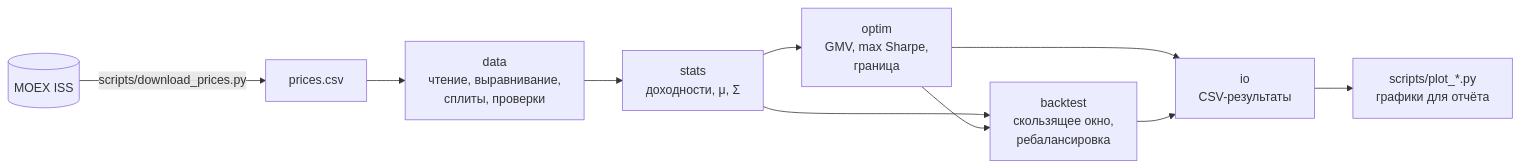
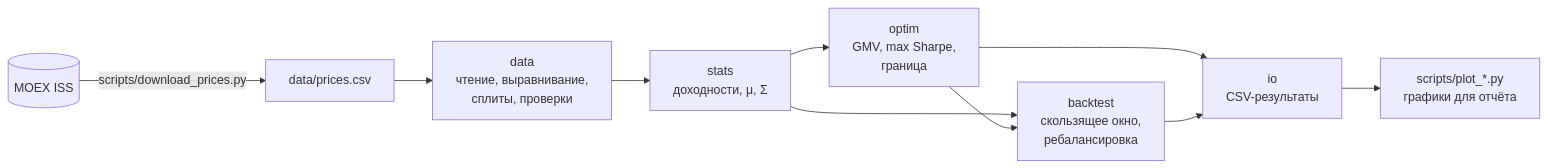
The first of 3 diagrams in docs/ARCHITECTURE.md (NeuroWorknotNeo/Software-Engineering-Project), drawn with Mermaid before and after one commit. The commit also changed other lines of this file and 35 other files, not shown here.

````diff
--- a/docs/ARCHITECTURE.md
+++ b/docs/ARCHITECTURE.md
@@ -11,12 +11,12 @@
 ```mermaid
 flowchart LR
-    MOEX[(MOEX ISS)] -->|scripts/download_prices.py| CSV[prices.csv]
+    MOEX[(MOEX ISS)] -->|scripts/download_prices.py| CSV[data/prices.csv]
     CSV --> D[data<br/>чтение, выравнивание,<br/>сплиты, проверки]
     D --> S[stats<br/>доходности, μ, Σ]
     S --> O[optim<br/>GMV, max Sharpe,<br/>граница]
     S --> B[backtest<br/>скользящее окно,<br/>ребалансировка]
     O --> B
     O --> W[io<br/>CSV-результаты]
     B --> W
     W --> P[scripts/plot_*.py<br/>графики для отчёта]
 ```
````
